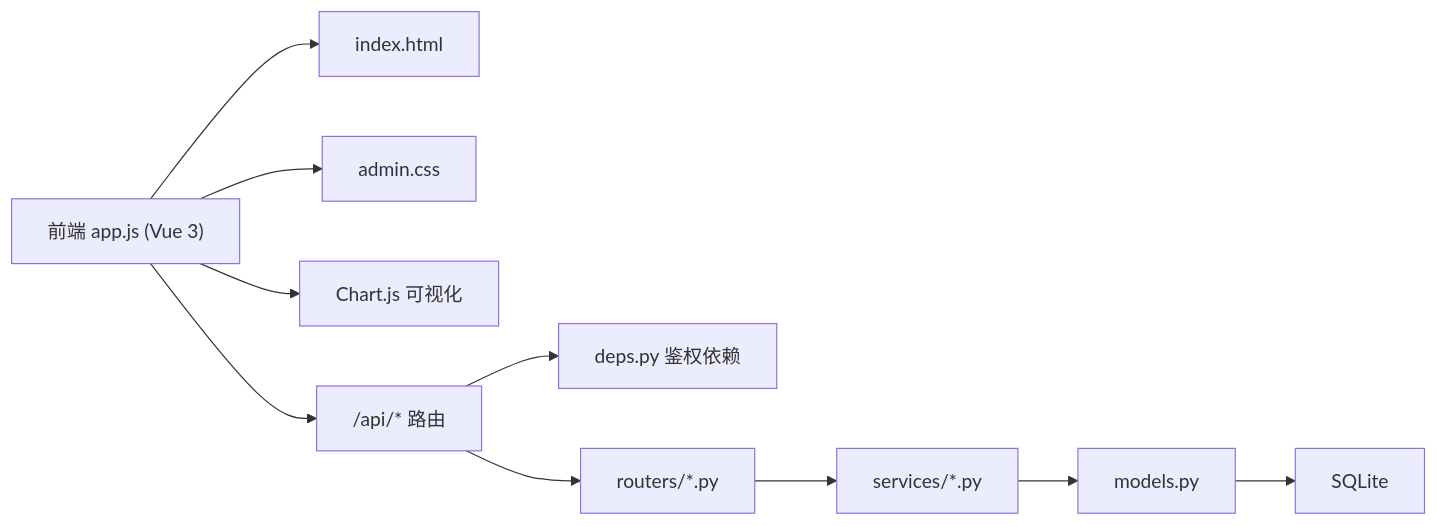
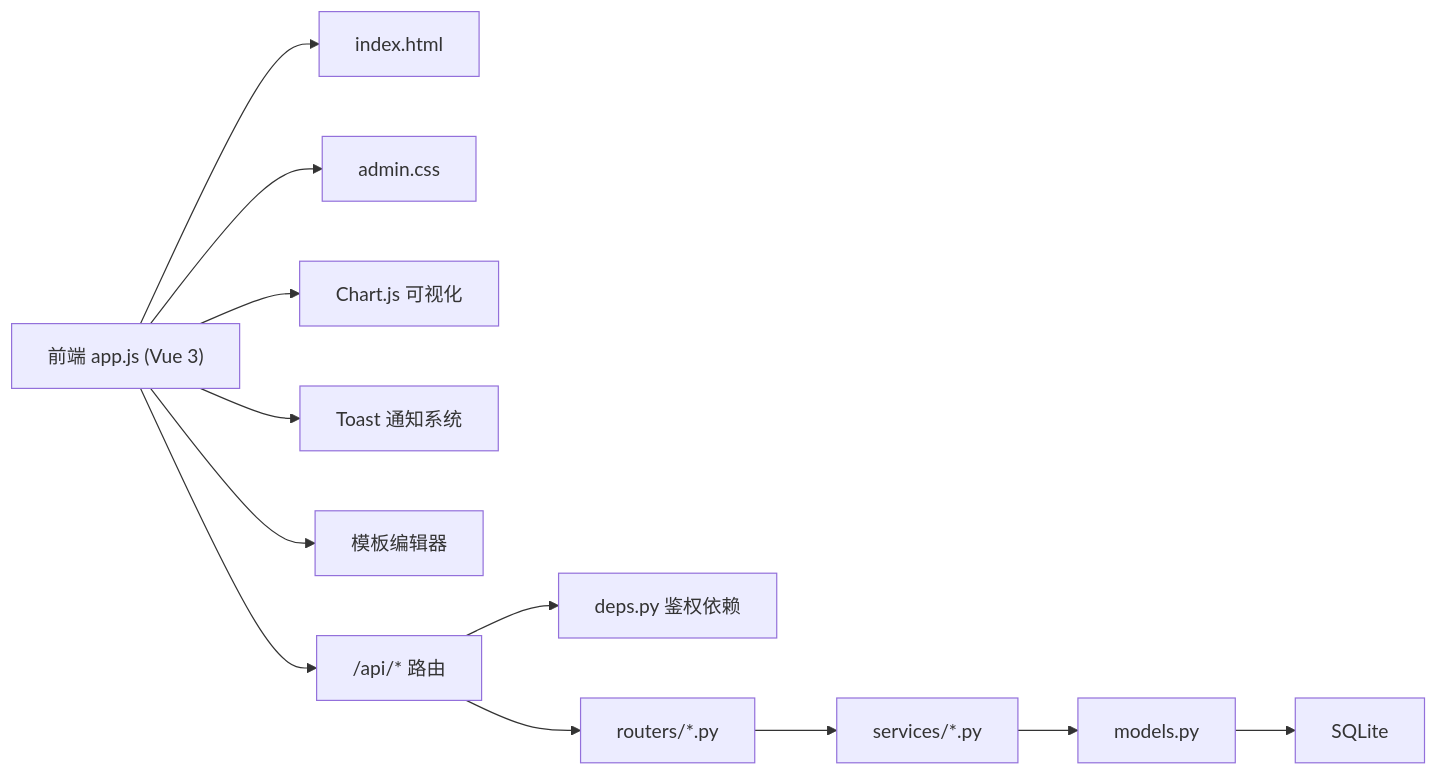
One commit to onebody/homework changed diagram 12 of 12 in .qoder/repowiki/zh/content/暑假作业打卡系统/前端应用设计/管理后台应用.md. Above: the diagram before and after it, drawn with Mermaid. The commit also changed other lines of this file and 15 other files, not shown here.

````diff
--- a/.qoder/repowiki/zh/content/暑假作业打卡系统/前端应用设计/管理后台应用.md
+++ b/.qoder/repowiki/zh/content/暑假作业打卡系统/前端应用设计/管理后台应用.md
@@ -656,12 +826,14 @@
 ```mermaid
 graph LR
 FE["前端 app.js (Vue 3)"] --> HTML["index.html"]
 FE --> CSS["admin.css"]
 FE --> Chart["Chart.js 可视化"]
+FE --> Toast["Toast 通知系统"]
+FE --> Template["模板编辑器"]
 FE --> API["/api/* 路由"]
 API --> DEPS["deps.py 鉴权依赖"]
 API --> ROUTERS["routers/*.py"]
 ROUTERS --> SERVICES["services/*.py"]
 SERVICES --> MODELS["models.py"]
 MODELS --> DB["SQLite"]
 ```
````
